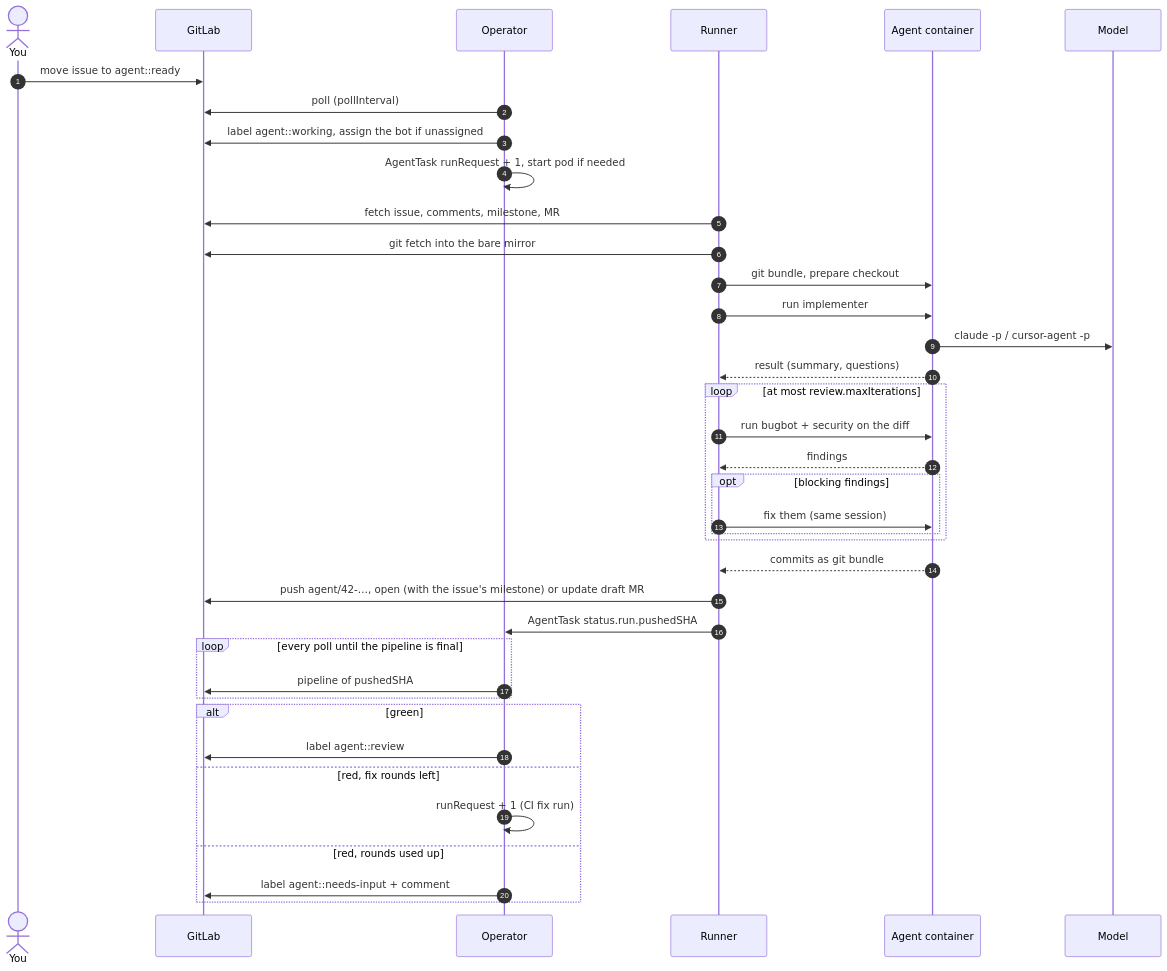
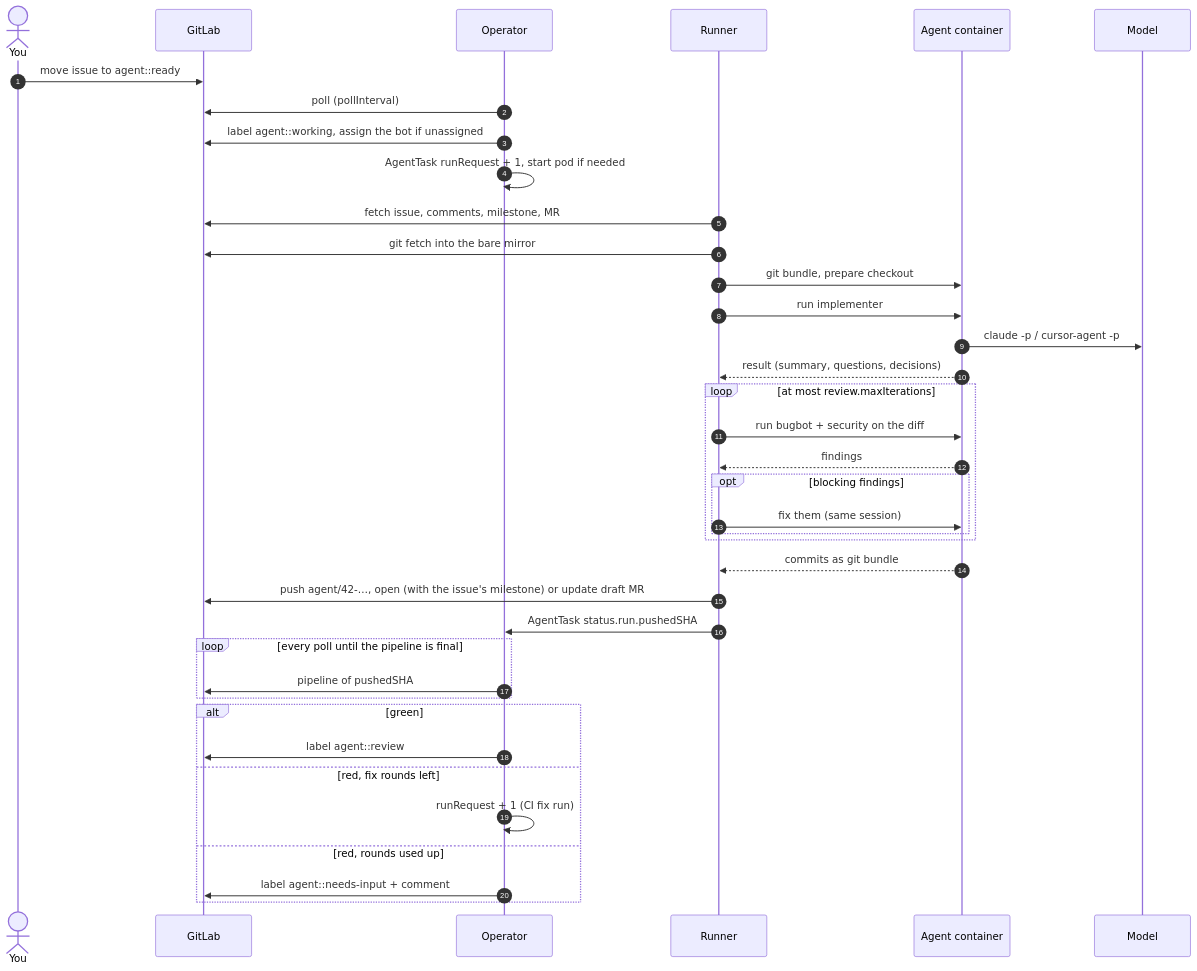
The third of 6 diagrams in docs/design.md (jonathanwiemers/ai-operator), drawn with Mermaid before and after one commit. The commit also changed other lines of this file and 12 other files, not shown here.

````diff
--- a/docs/design.md
+++ b/docs/design.md
@@ -94,41 +94,41 @@
 ```mermaid
 sequenceDiagram
     autonumber
     actor You
     participant GL as GitLab
     participant OP as Operator
     participant RU as Runner
     participant AG as Agent container
     participant LLM as Model
 
     You->>GL: move issue to agent::ready
     OP->>GL: poll (pollInterval)
     OP->>GL: label agent::working, assign the bot if unassigned
     OP->>OP: AgentTask runRequest + 1, start pod if needed
     RU->>GL: fetch issue, comments, milestone, MR
     RU->>GL: git fetch into the bare mirror
     RU->>AG: git bundle, prepare checkout
     RU->>AG: run implementer
     AG->>LLM: claude -p / cursor-agent -p
-    AG-->>RU: result (summary, questions)
+    AG-->>RU: result (summary, questions, decisions)
     loop at most review.maxIterations
         RU->>AG: run bugbot + security on the diff
         AG-->>RU: findings
         opt blocking findings
             RU->>AG: fix them (same session)
         end
     end
     AG-->>RU: commits as git bundle
     RU->>GL: push agent/42-…, open (with the issue's milestone) or update draft MR
     RU->>OP: AgentTask status.run.pushedSHA
     loop every poll until the pipeline is final
         OP->>GL: pipeline of pushedSHA
     end
     alt green
         OP->>GL: label agent::review
     else red, fix rounds left
         OP->>OP: runRequest + 1 (CI fix run)
     else red, rounds used up
         OP->>GL: label agent::needs-input + comment
     end
 ```
````
